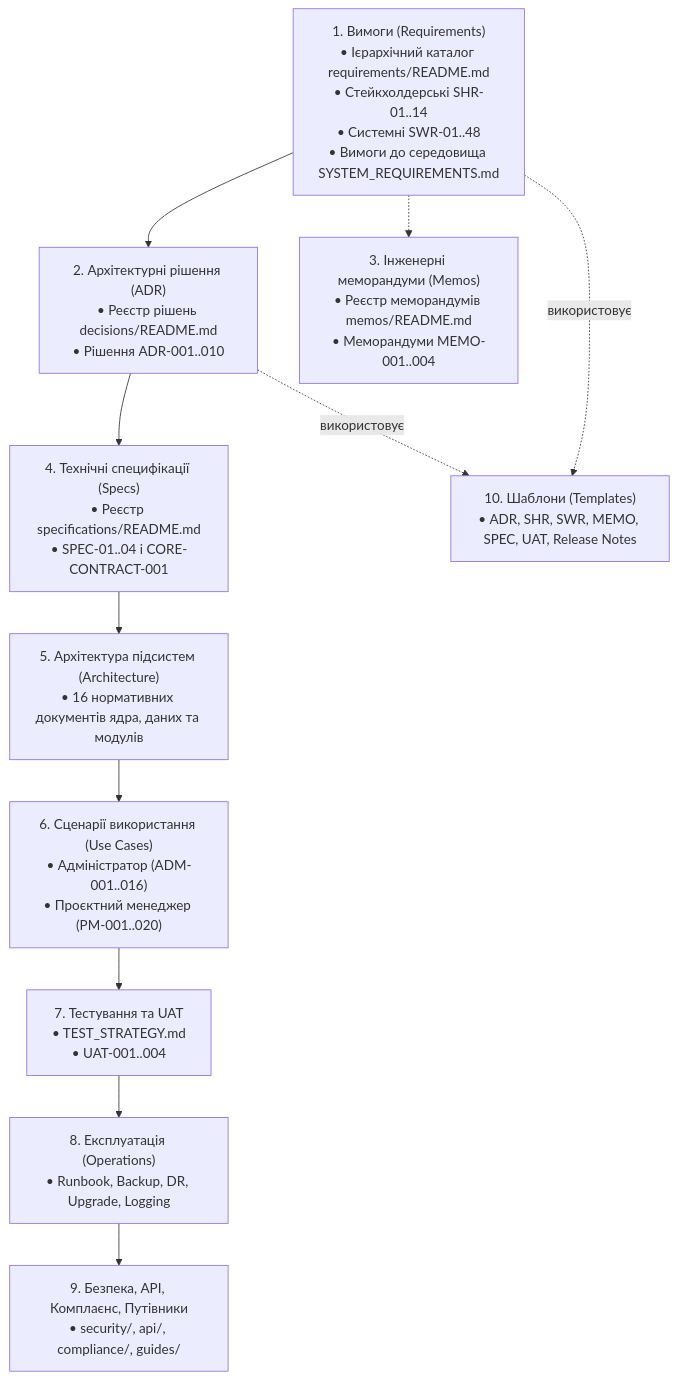
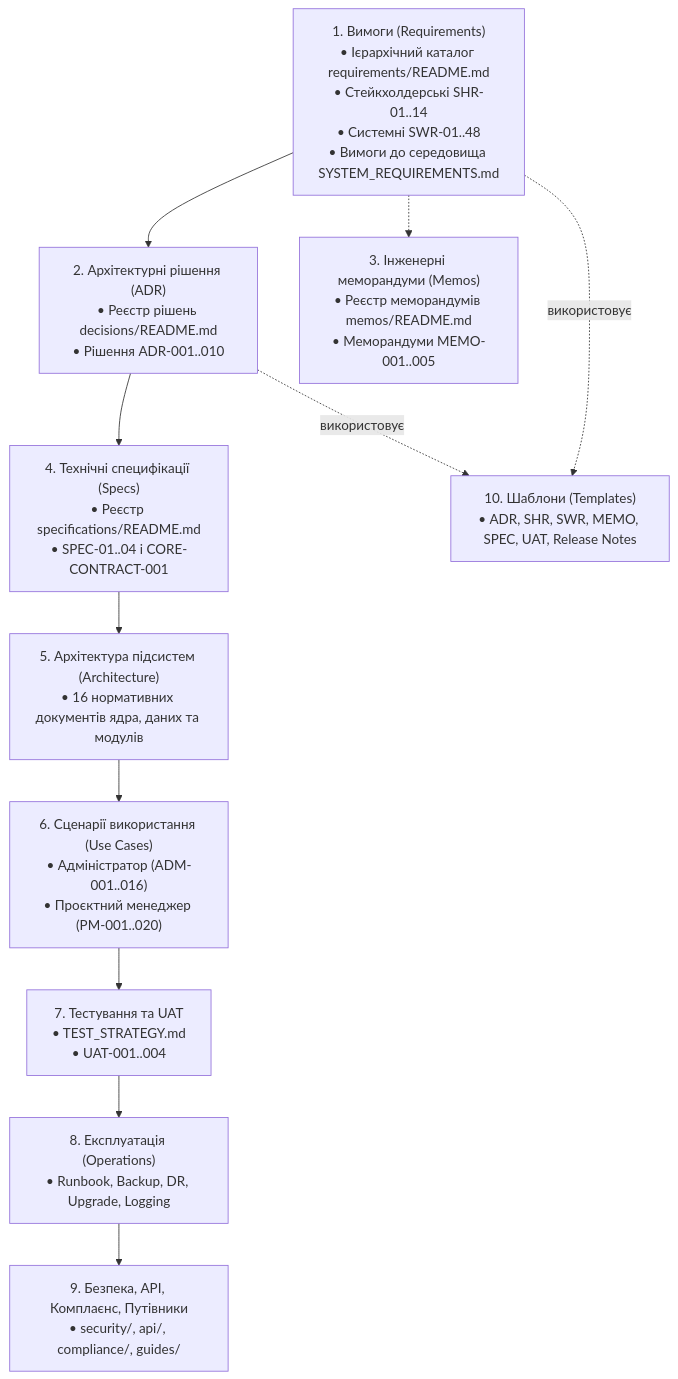
One commit to nick-fedchik/delmos changed the diagram in docs/README.md. Above: the diagram before and after it, drawn with Mermaid. The commit also changed other lines of this file and 32 other files, not shown here.

````diff
--- a/docs/README.md
+++ b/docs/README.md
@@ -11,19 +11,19 @@
 ```mermaid
 flowchart TD
     Req["1. Вимоги (Requirements)<br/>• Ієрархічний каталог requirements/README.md<br/>• Стейкхолдерські SHR-01..14<br/>• Системні SWR-01..48<br/>• Вимоги до середовища SYSTEM_REQUIREMENTS.md"]
     ADR["2. Архітектурні рішення (ADR)<br/>• Реєстр рішень decisions/README.md<br/>• Рішення ADR-001..010"]
-    Memos["3. Інженерні меморандуми (Memos)<br/>• Реєстр меморандумів memos/README.md<br/>• Меморандуми MEMO-001..004"]
+    Memos["3. Інженерні меморандуми (Memos)<br/>• Реєстр меморандумів memos/README.md<br/>• Меморандуми MEMO-001..005"]
     Specs["4. Технічні специфікації (Specs)<br/>• Реєстр specifications/README.md<br/>• SPEC-01..04 і CORE-CONTRACT-001"]
     Arch["5. Архітектура підсистем (Architecture)<br/>• 16 нормативних документів ядра, даних та модулів"]
     UC["6. Сценарії використання (Use Cases)<br/>• Адміністратор (ADM-001..016)<br/>• Проєктний менеджер (PM-001..020)"]
     Test["7. Тестування та UAT<br/>• TEST_STRATEGY.md<br/>• UAT-001..004"]
     Ops["8. Експлуатація (Operations)<br/>• Runbook, Backup, DR, Upgrade, Logging"]
     Sec["9. Безпека, API, Комплаєнс, Путівники<br/>• security/, api/, compliance/, guides/"]
     Tmpl["10. Шаблони (Templates)<br/>• ADR, SHR, SWR, MEMO, SPEC, UAT, Release Notes"]
 
     Req --> ADR --> Specs --> Arch --> UC
     Req -.-> Memos
     UC --> Test --> Ops --> Sec
     Req -.використовує.-> Tmpl
     ADR -.використовує.-> Tmpl
 ```
````
